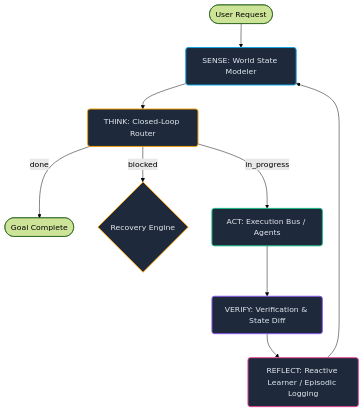
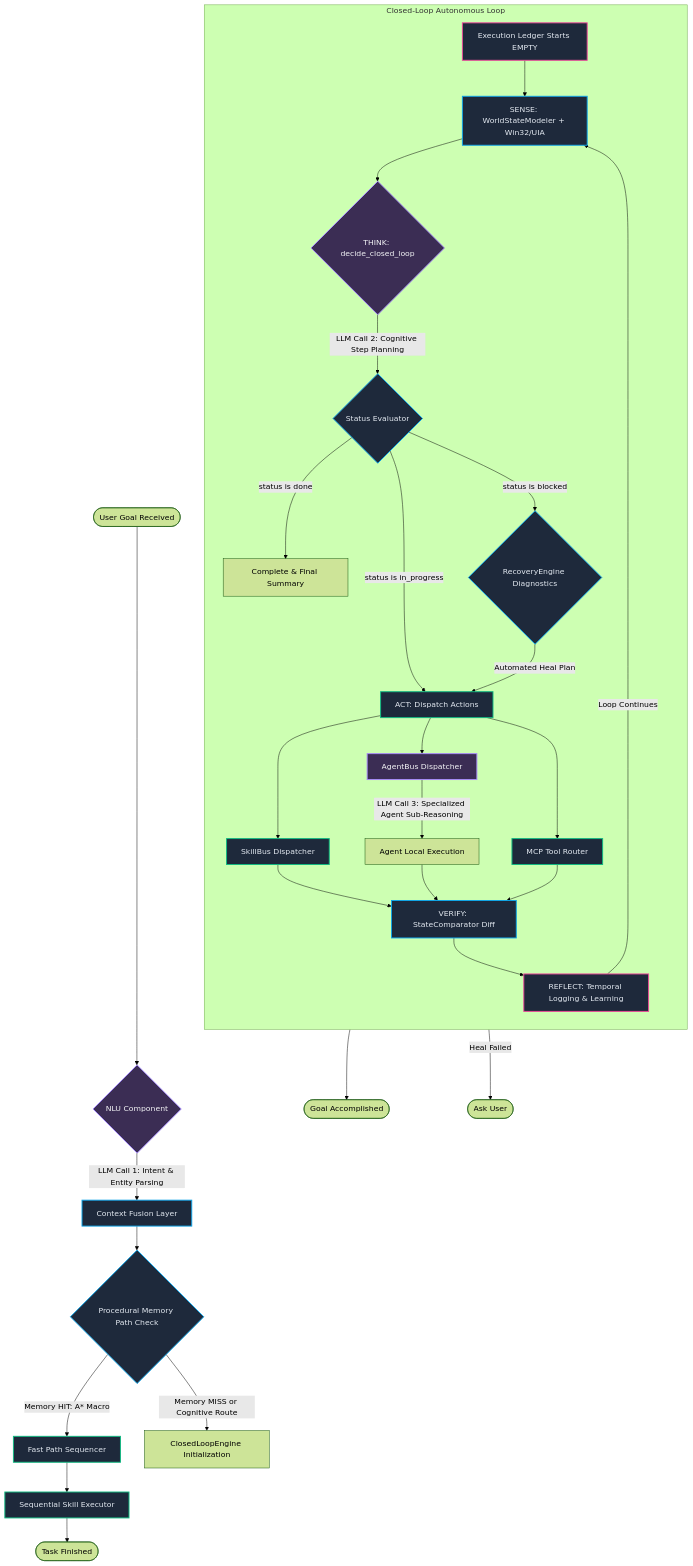
One commit to thippeswammy/JarvisControlSystem changed the diagram in skill/plans/autonomous_agent_architecture.md. Above: the diagram before and after it, drawn with Mermaid (forest theme). The commit also changed other lines of this file, not shown here.

````diff
--- a/skill/plans/autonomous_agent_architecture.md
+++ b/skill/plans/autonomous_agent_architecture.md
@@ -13,25 +11,56 @@
 ```mermaid
 graph TD
-    %% Define styles
-    classDef sense fill:#1E293B,stroke:#0EA5E9,stroke-width:2px,color:#E2E8F0;
-    classDef think fill:#1E293B,stroke:#F59E0B,stroke-width:2px,color:#E2E8F0;
-    classDef act fill:#1E293B,stroke:#10B981,stroke-width:2px,color:#E2E8F0;
-    classDef verify fill:#1E293B,stroke:#8B5CF6,stroke-width:2px,color:#E2E8F0;
-    classDef reflect fill:#1E293B,stroke:#EC4899,stroke-width:2px,color:#E2E8F0;
+    %% Styling Definitions
+    classDef llmNode fill:#3B2D54,stroke:#A78BFA,stroke-width:2px,color:#F3F4F6;
+    classDef systemNode fill:#1E293B,stroke:#0EA5E9,stroke-width:2px,color:#E2E8F0;
+    classDef actNode fill:#1E293B,stroke:#10B981,stroke-width:2px,color:#E2E8F0;
+    classDef memoryNode fill:#1E293B,stroke:#EC4899,stroke-width:2px,color:#E2E8F0;
 
-    A([User Request]) --> B(SENSE: World State Modeler)
-    B --> C(THINK: Closed-Loop Router)
-    C -->|done| D([Goal Complete])
-    C -->|blocked| E{Recovery Engine}
-    C -->|in_progress| F(ACT: Execution Bus / Agents)
-    F --> G(VERIFY: Verification & State Diff)
-    G --> H(REFLECT: Reactive Learner / Episodic Logging)
-    H --> B
+    Start([User Goal Received]) --> NLU{NLU Component}
+    
+    %% NLU LLM Call
+    NLU -->|"LLM Call 1: Intent & Entity Parsing"| ContextFuse[Context Fusion Layer]
+    
+    %% Context Fusion & Memory Check
+    ContextFuse --> PathCheck{Procedural Memory Path Check}
+    PathCheck -->|"Memory HIT: A* Macro"| FastPath[Fast Path Sequencer]
+    PathCheck -->|"Memory MISS or Cognitive Route"| ClosedLoop[ClosedLoopEngine Initialization]
 
-    class B sense;
-    class C think;
-    class F act;
-    class G verify;
-    class H reflect;
-    class E think;
+    %% Closed Loop Engine
+    subgraph Closed-Loop Autonomous Loop
+        direction TB
+        Ledger[Execution Ledger Starts EMPTY] --> Sense[SENSE: WorldStateModeler + Win32/UIA]
+        Sense --> Think{THINK: decide_closed_loop}
+        
+        %% THINK LLM Call
+        Think -->|"LLM Call 2: Cognitive Step Planning"| ActionDispatch{Status Evaluator}
+        
+        ActionDispatch -->|"status is done"| Complete[Complete & Final Summary]
+        ActionDispatch -->|"status is blocked"| Recovery{RecoveryEngine Diagnostics}
+        ActionDispatch -->|"status is in_progress"| Act[ACT: Dispatch Actions]
+        
+        %% Action paths
+        Act --> SkillBus[SkillBus Dispatcher]
+        Act --> AgentBus[AgentBus Dispatcher]
+        Act --> MCPBus[MCP Tool Router]
+        
+        %% Specialized Agent LLM Calls
+        AgentBus -->|"LLM Call 3: Specialized Agent Sub-Reasoning"| AgentExec[Agent Local Execution]
+        
+        %% Verify & Reflect
+        SkillBus & AgentExec & MCPBus --> Verify[VERIFY: StateComparator Diff]
+        Verify --> Reflect[REFLECT: Temporal Logging & Learning]
+        Reflect -->|Loop Continues| Sense
+    end
+
+    FastPath --> FastExec[Sequential Skill Executor]
+    FastExec --> StopFast([Task Finished])
+    Complete --> StopLoop([Goal Accomplished])
+    Recovery -->|"Automated Heal Plan"| Act
+    Recovery -->|"Heal Failed"| Escalation([Ask User])
+
+    class NLU,Think,AgentBus llmNode;
+    class ContextFuse,PathCheck,Sense,ActionDispatch,Verify,Recovery systemNode;
+    class FastPath,FastExec,Act,SkillBus,MCPBus actNode;
+    class Ledger,Reflect memoryNode;
 ```
````
